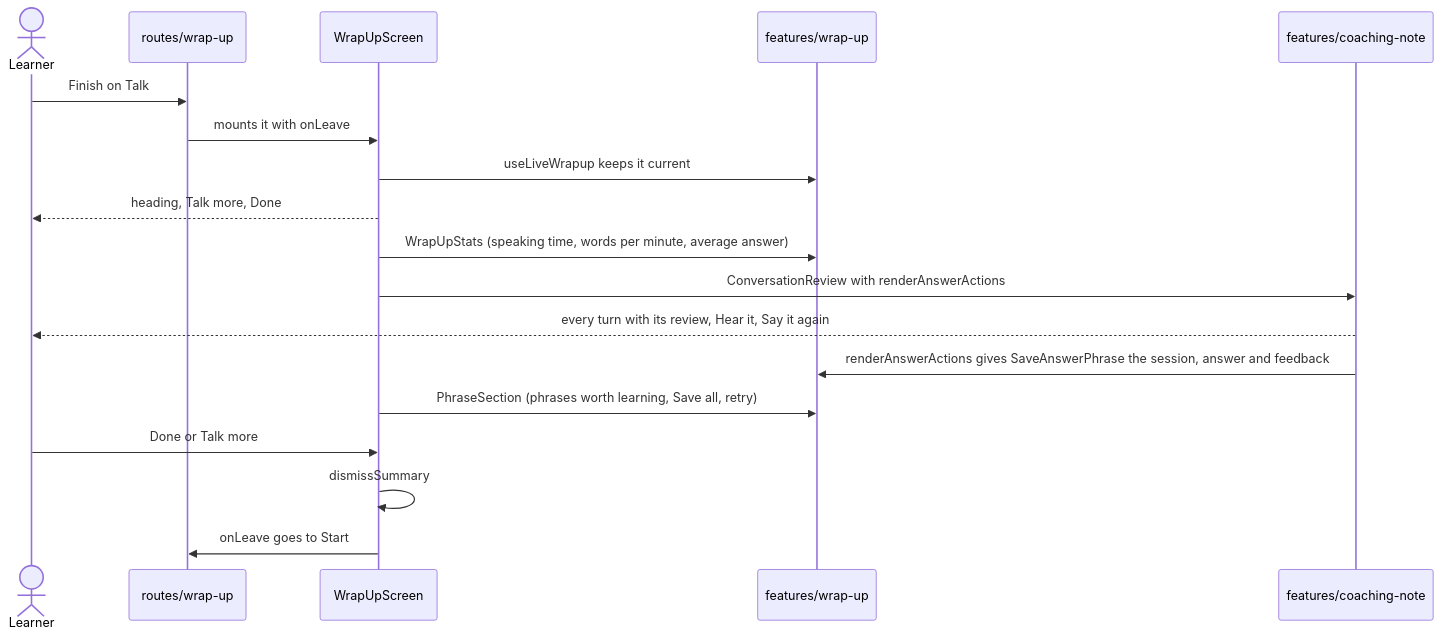
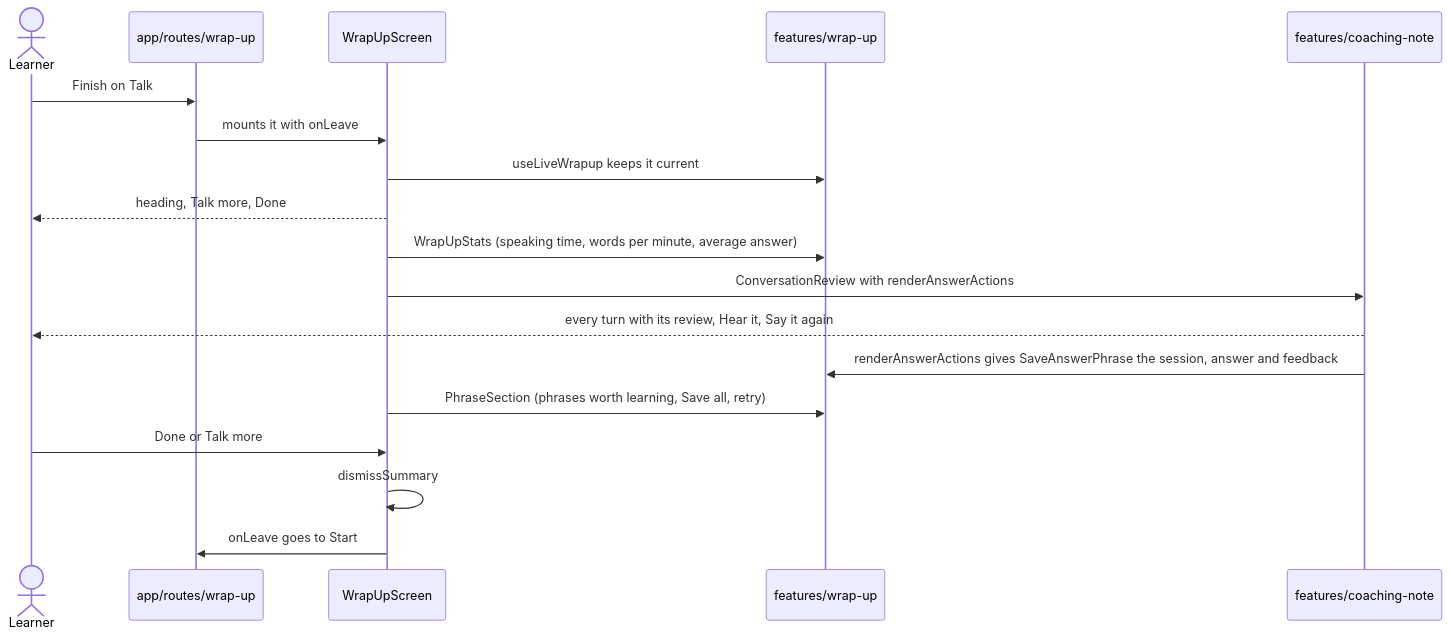
Before and after one commit to oleksii-latyshev/english-trainer: the diagram in src/screens/wrap-up/flow.md, drawn with Mermaid. The commit also changed other lines of this file and 43 other files, not shown here.

````diff
--- a/src/screens/wrap-up/flow.md
+++ b/src/screens/wrap-up/flow.md
@@ -9,21 +9,21 @@
 ```mermaid
 sequenceDiagram
     actor Learner
-    participant Route as routes/wrap-up
+    participant Route as app/routes/wrap-up
     participant Screen as WrapUpScreen
     participant WrapUp as features/wrap-up
     participant Review as features/coaching-note
 
     Learner->>Route: Finish on Talk
     Route->>Screen: mounts it with onLeave
     Screen->>WrapUp: useLiveWrapup keeps it current
     Screen-->>Learner: heading, Talk more, Done
     Screen->>WrapUp: WrapUpStats (speaking time, words per minute, average answer)
     Screen->>Review: ConversationReview with renderAnswerActions
     Review-->>Learner: every turn with its review, Hear it, Say it again
     Review->>WrapUp: renderAnswerActions gives SaveAnswerPhrase the session, answer and feedback
     Screen->>WrapUp: PhraseSection (phrases worth learning, Save all, retry)
     Learner->>Screen: Done or Talk more
     Screen->>Screen: dismissSummary
     Screen->>Route: onLeave goes to Start
 ```
````
